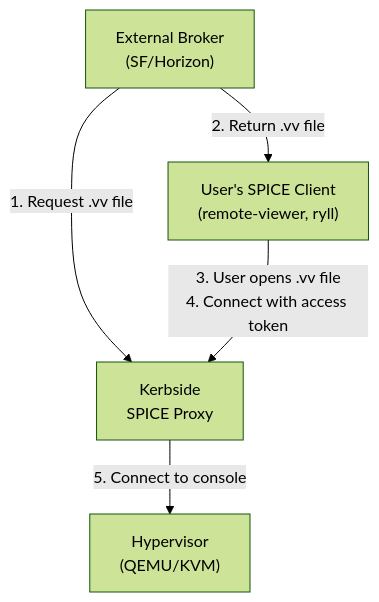
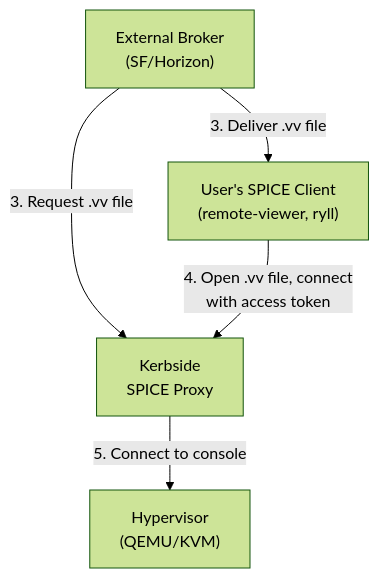
One commit to shakenfist/kerbside changed the diagram in docs/index.md. Above: the diagram before and after it, drawn with Mermaid (forest theme). The commit also changed other lines of this file and 6 other files, not shown here.

````diff
--- a/docs/index.md
+++ b/docs/index.md
@@ -88,12 +88,12 @@
 ```mermaid
 flowchart TD
     broker["External Broker<br/>(SF/Horizon)"]
     client["User's SPICE Client<br/>(remote-viewer, ryll)"]
     kerbside["Kerbside<br/>SPICE Proxy"]
     hypervisor["Hypervisor<br/>(QEMU/KVM)"]
 
-    broker -- "1. Request .vv file" --> kerbside
-    broker -- "2. Return .vv file" --> client
-    client -- "3. User opens .vv file<br/>4. Connect with access token" --> kerbside
+    broker -- "3. Request .vv file" --> kerbside
+    broker -- "3. Deliver .vv file" --> client
+    client -- "4. Open .vv file, connect<br/>with access token" --> kerbside
     kerbside -- "5. Connect to console" --> hypervisor
 ```
````
